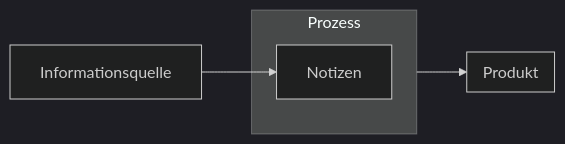
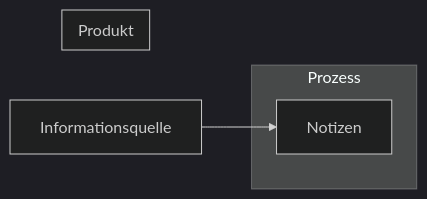
The diagram in 📝 - Arbeitsplatz/Untitled.md (julianstoerig/zettelkasten), drawn with Mermaid (dark theme) before and after one commit.

Commit message:
automatic version-control: 2021-01-15 18:23:18

````diff
--- a/📝 - Arbeitsplatz/Untitled.md
+++ b/📝 - Arbeitsplatz/Untitled.md
@@ -1,19 +1,17 @@
 ```mermaid
 graph LR
 
 I[Informationsquelle]
 N[Notizen]
 
 I --> N
 
-subgraph Prozess
+subgraph Ps[Prozess]
 	N
 end
 
-Prozess --> Produkt
-
-subgraph Produkt
+subgraph Pt[Produkt]
 	
 end
 
 ```
````
